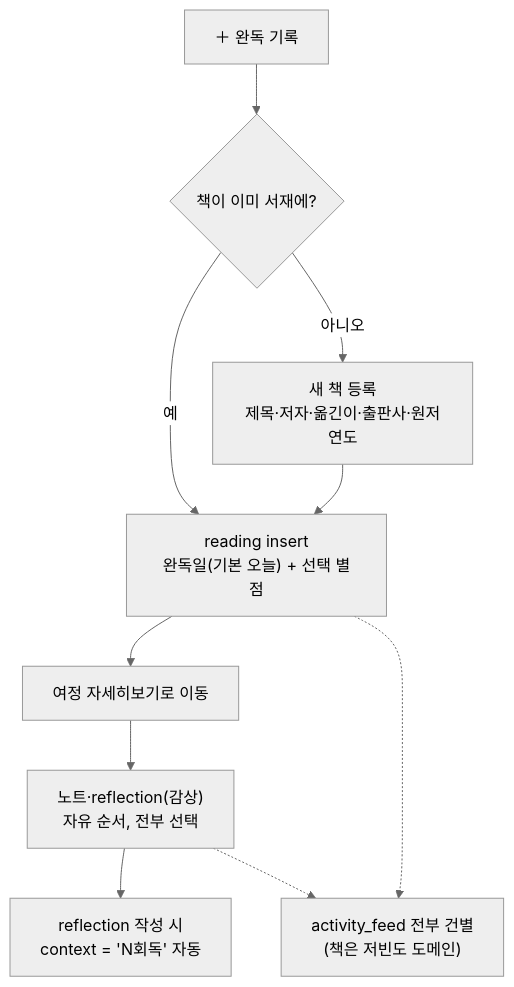
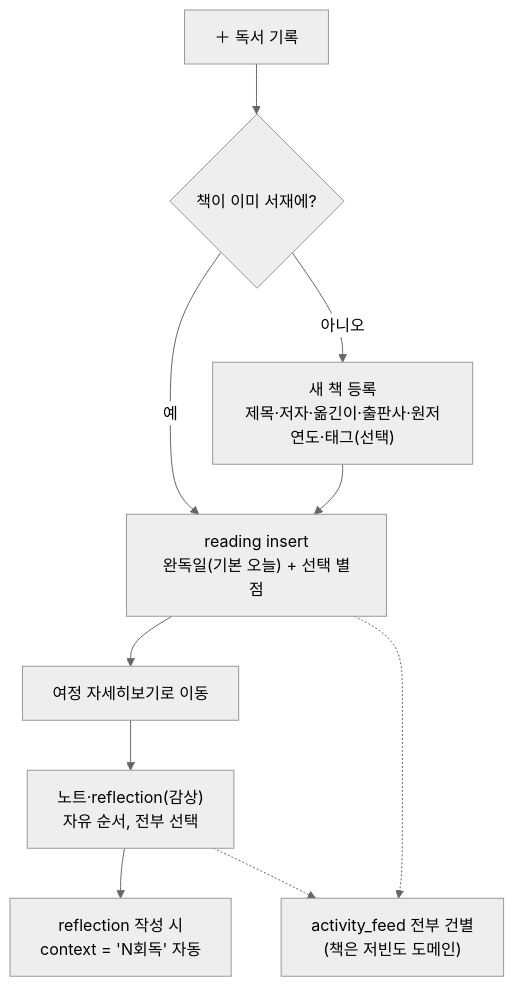
Before and after one commit to LeeSongHeon-LSH/LSHobby: the fifth of 7 diagrams in docs/14-flows.md, drawn with Mermaid (neutral theme). The commit also changed other lines of this file and 17 other files, not shown here.

````diff
--- a/docs/14-flows.md
+++ b/docs/14-flows.md
@@ -79,11 +84,11 @@
 ```mermaid
 flowchart TD
-    A["＋ 완독 기록"] --> B{책이 이미 서재에?}
+    A["＋ 독서 기록"] --> B{책이 이미 서재에?}
     B -- 예 --> D
-    B -- 아니오 --> C["새 책 등록<br/>제목·저자·옮긴이·출판사·원저연도"]
+    B -- 아니오 --> C["새 책 등록<br/>제목·저자·옮긴이·출판사·원저연도·태그(선택)"]
     C --> D["reading insert<br/>완독일(기본 오늘) + 선택 별점"]
     D --> E[여정 자세히보기로 이동]
     E --> F["노트·reflection(감상)<br/>자유 순서, 전부 선택"]
     F --> G["reflection 작성 시<br/>context = 'N회독' 자동"]
     D & F -.-> H["activity_feed 전부 건별<br/>(책은 저빈도 도메인)"]
 ```
````
